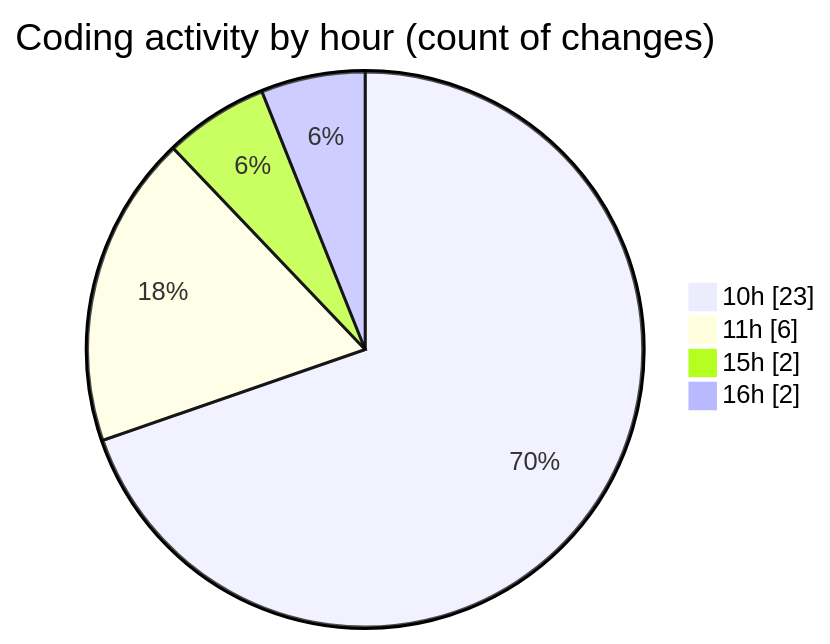
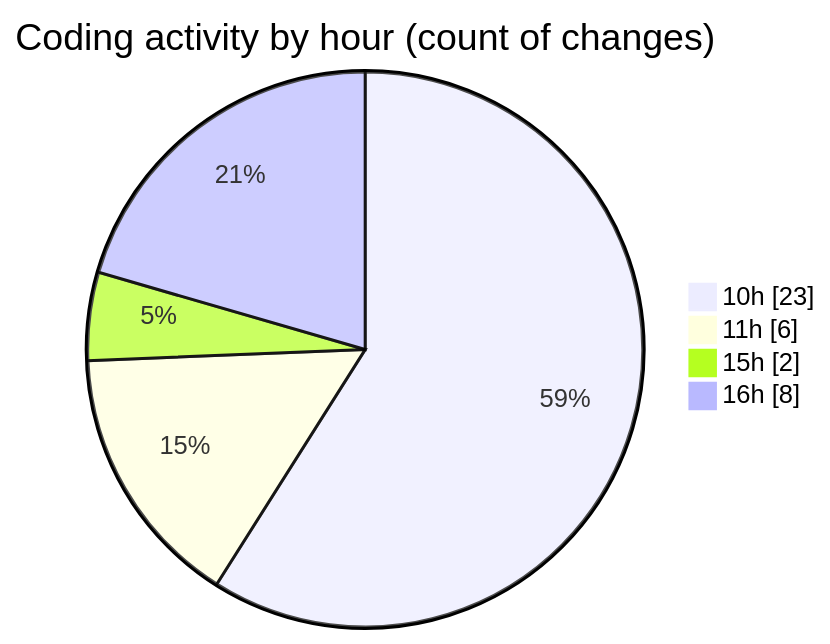
One commit to nxtqubesakshisongat/code-tracking changed the second of 2 diagrams in 2026-05-04/nxtqube_webapp/README.md. Above: the diagram before and after it, drawn with Mermaid. The commit also changed other lines of this file and 1 other file, not shown here.

````diff
--- a/2026-05-04/nxtqube_webapp/README.md
+++ b/2026-05-04/nxtqube_webapp/README.md
@@ -33,8 +34,8 @@
 ```mermaid
 pie showData
 title Coding activity by hour (count of changes)
 "10h" : 23
 "11h" : 6
 "15h" : 2
-"16h" : 2
+"16h" : 8
 ```
````
